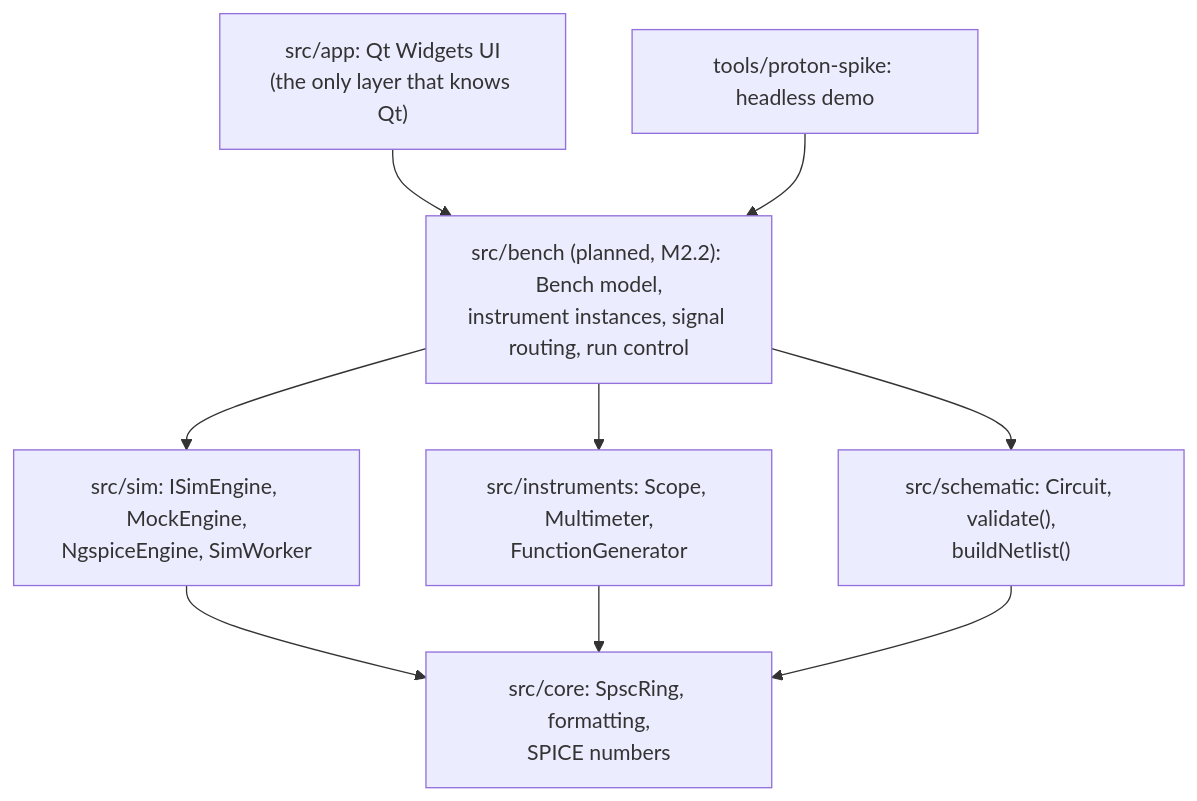
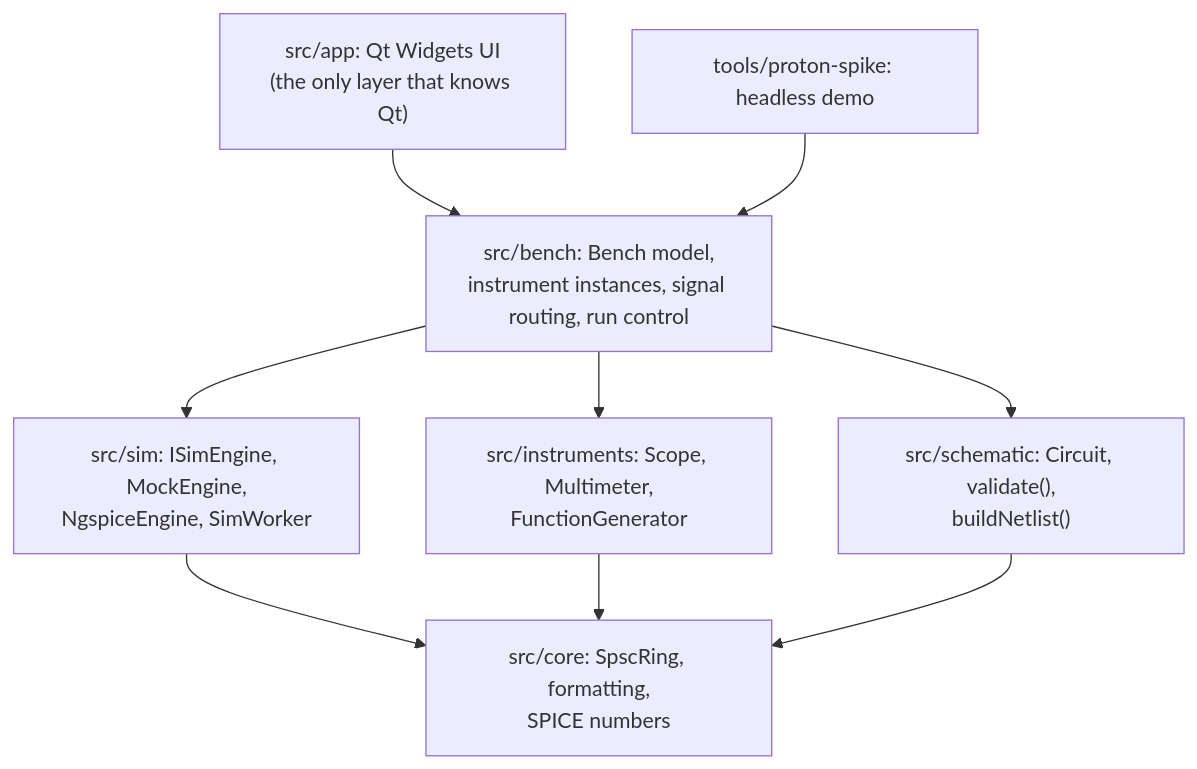
One commit to sergiorf/proton changed the first of 3 diagrams in docs/ARCHITECTURE.md. Above: the diagram before and after it, drawn with Mermaid. The commit also changed other lines of this file and 29 other files, not shown here.

First line of the commit message:
Bench core: Bench, RunControl, examples; proton-spike and the app on it (M2.2)

````diff
--- a/docs/ARCHITECTURE.md
+++ b/docs/ARCHITECTURE.md
@@ -36,16 +36,16 @@
 ```mermaid
 flowchart TB
   app["src/app: Qt Widgets UI<br/>(the only layer that knows Qt)"]
-  bench["src/bench (planned, M2.2): Bench model,<br/>instrument instances, signal routing, run control"]
+  bench["src/bench: Bench model,<br/>instrument instances, signal routing, run control"]
   tools["tools/proton-spike: headless demo"]
   sim["src/sim: ISimEngine, MockEngine,<br/>NgspiceEngine, SimWorker"]
   ins["src/instruments: Scope, Multimeter,<br/>FunctionGenerator"]
   sch["src/schematic: Circuit, validate(),<br/>buildNetlist()"]
   core["src/core: SpscRing, formatting,<br/>SPICE numbers"]
   app --> bench
   tools --> bench
   bench --> sim & ins & sch
   sim --> core
   ins --> core
   sch --> core
 ```
````
